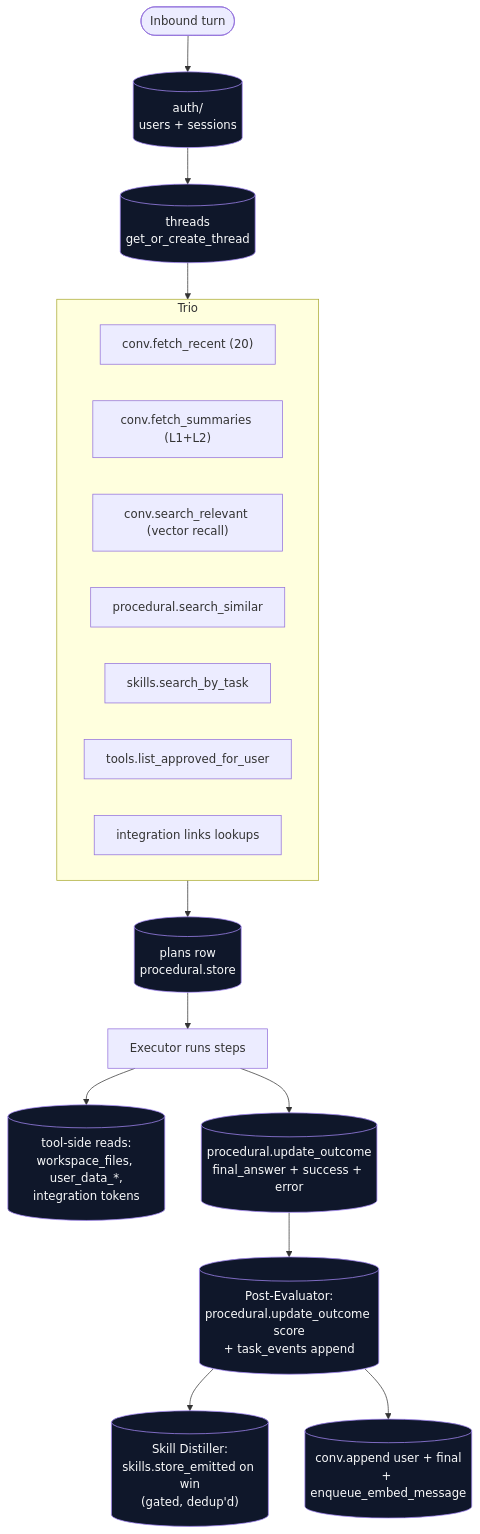
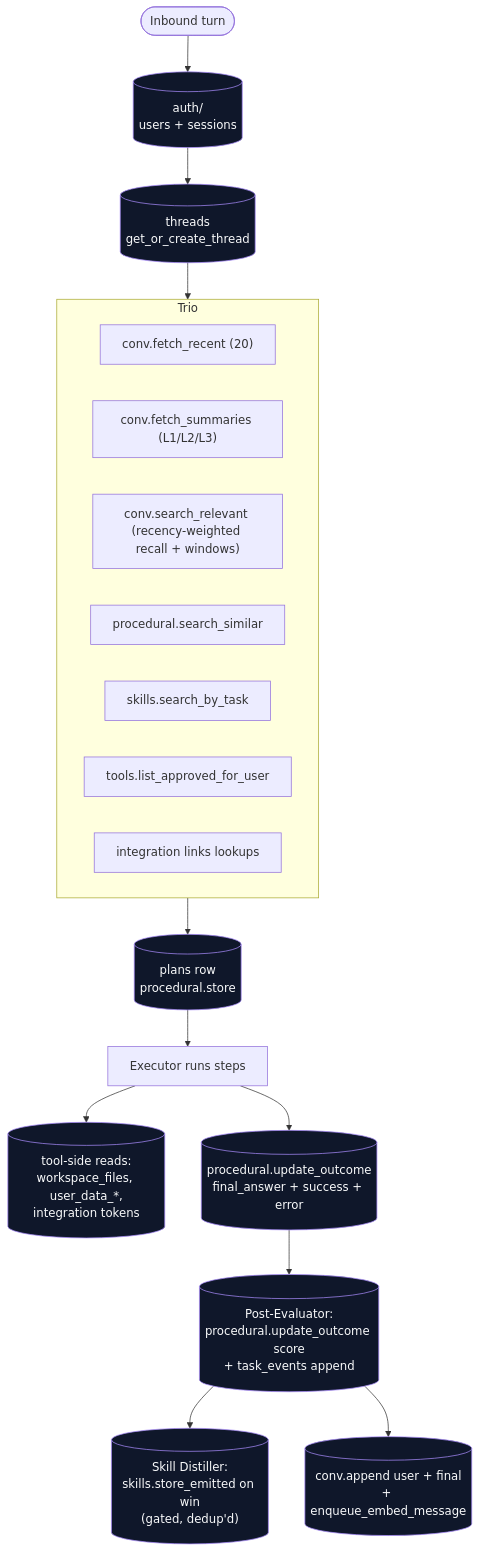
The diagram in src/wolfpaw/memory/README.md (wolfpaw-ai/WolfPaw), drawn with Mermaid before and after one commit. The commit also changed other lines of this file and 8 other files, not shown here.

Commit message:
step 3. recency-weighted vector recall

````diff
--- a/src/wolfpaw/memory/README.md
+++ b/src/wolfpaw/memory/README.md
@@ -19,28 +19,28 @@
 ```mermaid
 flowchart TD
     Turn([Inbound turn])
     Turn --> Auth[("auth/<br/>users + sessions")]
     Auth --> Thread[("threads<br/>get_or_create_thread")]
     Thread --> Trio[Three reads in one acquire from PlannerAgent]
 
     subgraph Trio
         T1["conv.fetch_recent (20)"]
-        T2["conv.fetch_summaries (L1+L2)"]
-        T3["conv.search_relevant (vector recall)"]
+        T2["conv.fetch_summaries (L1/L2/L3)"]
+        T3["conv.search_relevant (recency-weighted recall + windows)"]
         T4["procedural.search_similar"]
         T5["skills.search_by_task"]
         T6["tools.list_approved_for_user"]
         T7["integration links lookups"]
     end
 
     Trio --> PlanRow[("plans row<br/>procedural.store")]
     PlanRow --> Exec[Executor runs steps]
     Exec --> ToolReads[("tool-side reads:<br/>workspace_files, user_data_*,<br/>integration tokens")]
     Exec --> Update[("procedural.update_outcome<br/>final_answer + success + error")]
     Update --> Score[("Post-Evaluator:<br/>procedural.update_outcome score<br/>+ task_events append")]
     Score --> Maybe[("Skill Distiller:<br/>skills.store_emitted on win<br/>(gated, dedup'd)")]
     Score --> Persist[("conv.append user + final<br/>+ enqueue_embed_message")]
 
     classDef pg fill:#0f172a,stroke:#a78bfa,color:#f9fafb;
     class Auth,Thread,PlanRow,ToolReads,Update,Score,Maybe,Persist pg;
 ```
````
